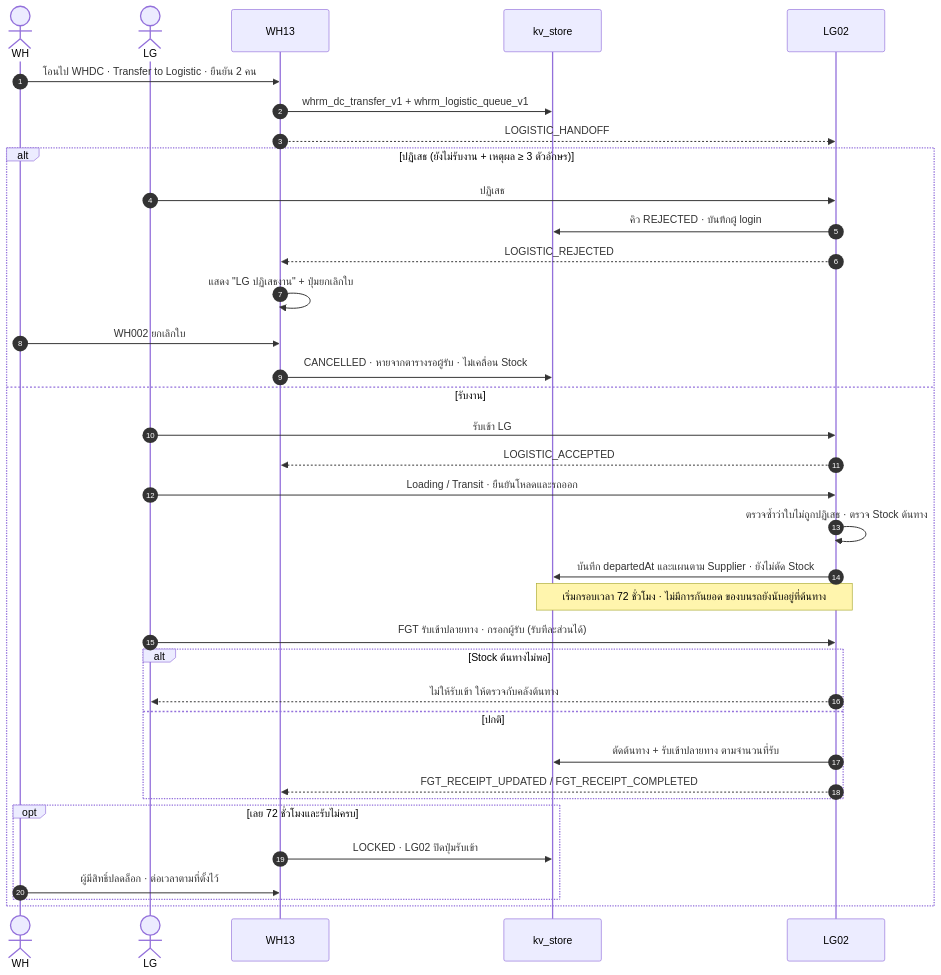
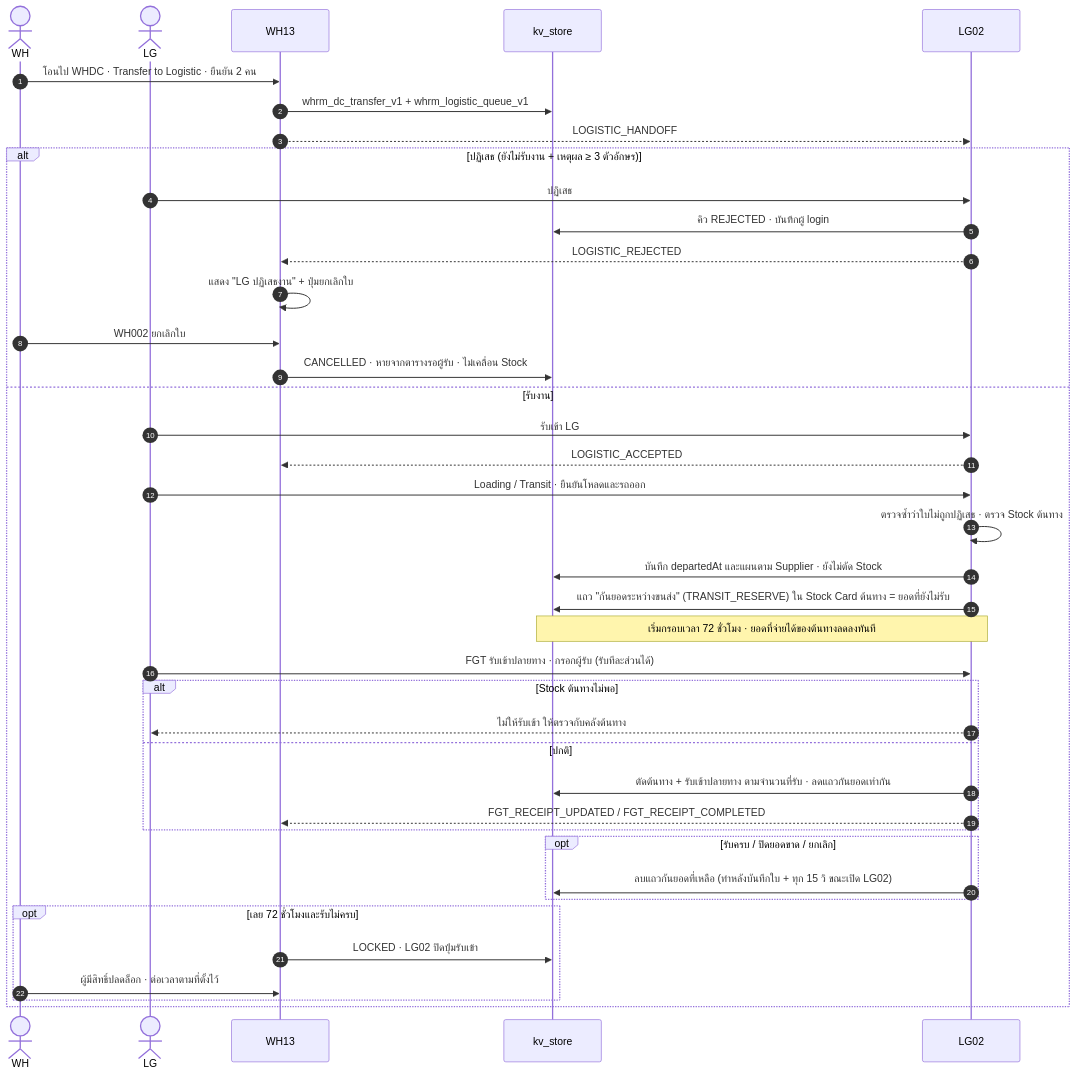
The eighth of 15 diagrams in docs/01-sequence-diagrams.md (Aum2010/WHSM-1791103979), drawn with Mermaid before and after one commit. The commit also changed other lines of this file and 36 other files, not shown here.

First line of the commit message:
UI 6 Nov: DCC and production login via central accounts, transit stock reservation, new data on server

````diff
--- a/docs/01-sequence-diagrams.md
+++ b/docs/01-sequence-diagrams.md
@@ -259,39 +259,43 @@
 ```mermaid
 sequenceDiagram
     autonumber
     actor WH
     actor LG
     participant WH13
     participant KV as kv_store
     participant LG02
 
     WH->>WH13: โอนไป WHDC · Transfer to Logistic · ยืนยัน 2 คน
     WH13->>KV: whrm_dc_transfer_v1 + whrm_logistic_queue_v1
     WH13-->>LG02: LOGISTIC_HANDOFF
     alt ปฏิเสธ (ยังไม่รับงาน + เหตุผล ≥ 3 ตัวอักษร)
         LG->>LG02: ปฏิเสธ
         LG02->>KV: คิว REJECTED · บันทึกผู้ login
         LG02-->>WH13: LOGISTIC_REJECTED
         WH13->>WH13: แสดง "LG ปฏิเสธงาน" + ปุ่มยกเลิกใบ
         WH->>WH13: WH002 ยกเลิกใบ
         WH13->>KV: CANCELLED · หายจากตารางรอผู้รับ · ไม่เคลื่อน Stock
     else รับงาน
         LG->>LG02: รับเข้า LG
         LG02-->>WH13: LOGISTIC_ACCEPTED
         LG->>LG02: Loading / Transit · ยืนยันโหลดและรถออก
         LG02->>LG02: ตรวจซ้ำว่าใบไม่ถูกปฏิเสธ · ตรวจ Stock ต้นทาง
         LG02->>KV: บันทึก departedAt และแผนตาม Supplier · ยังไม่ตัด Stock
-        Note over LG02,KV: เริ่มกรอบเวลา 72 ชั่วโมง · ไม่มีการกันยอด ของบนรถยังนับอยู่ที่ต้นทาง
+        LG02->>KV: แถว "กันยอดระหว่างขนส่ง" (TRANSIT_RESERVE) ใน Stock Card ต้นทาง = ยอดที่ยังไม่รับ
+        Note over LG02,KV: เริ่มกรอบเวลา 72 ชั่วโมง · ยอดที่จ่ายได้ของต้นทางลดลงทันที
         LG->>LG02: FGT รับเข้าปลายทาง · กรอกผู้รับ (รับทีละส่วนได้)
         alt Stock ต้นทางไม่พอ
             LG02-->>LG: ไม่ให้รับเข้า ให้ตรวจกับคลังต้นทาง
         else ปกติ
-            LG02->>KV: ตัดต้นทาง + รับเข้าปลายทาง ตามจำนวนที่รับ
+            LG02->>KV: ตัดต้นทาง + รับเข้าปลายทาง ตามจำนวนที่รับ · ลดแถวกันยอดเท่ากัน
             LG02-->>WH13: FGT_RECEIPT_UPDATED / FGT_RECEIPT_COMPLETED
+        end
+        opt รับครบ / ปิดยอดขาด / ยกเลิก
+            LG02->>KV: ลบแถวกันยอดที่เหลือ (ทำหลังบันทึกใบ + ทุก 15 วิ ขณะเปิด LG02)
         end
         opt เลย 72 ชั่วโมงและรับไม่ครบ
             WH13->>KV: LOCKED · LG02 ปิดปุ่มรับเข้า
             WH->>WH13: ผู้มีสิทธิ์ปลดล็อก · ต่อเวลาตามที่ตั้งไว้
         end
     end
 ```
````
